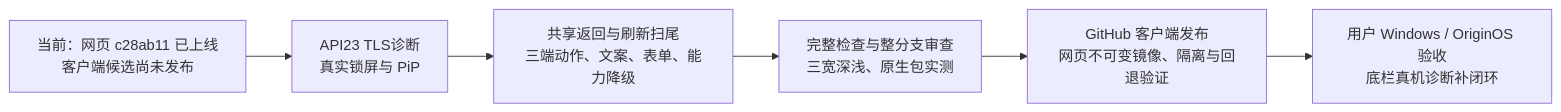
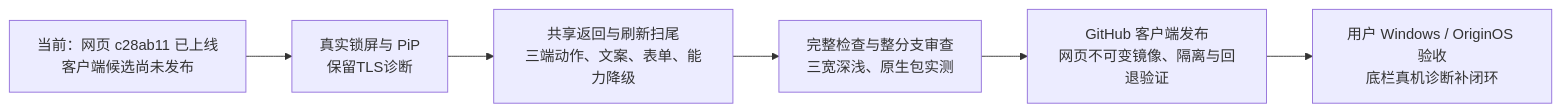
One commit to XYL333FYQ/TongMuTVPlus changed the second of 2 diagrams in docs/design/CLIENT-EXPERIENCE-VERIFIED.md. Above: the diagram before and after it, drawn with Mermaid. The commit also changed other lines of this file and 13 other files, not shown here.

````diff
--- a/docs/design/CLIENT-EXPERIENCE-VERIFIED.md
+++ b/docs/design/CLIENT-EXPERIENCE-VERIFIED.md
@@ -38,8 +38,8 @@
 ```mermaid
 flowchart LR
-    A[当前：网页 c28ab11 已上线<br/>客户端候选尚未发布] --> B[API23 TLS诊断<br/>真实锁屏与 PiP]
+    A[当前：网页 c28ab11 已上线<br/>客户端候选尚未发布] --> B[真实锁屏与 PiP<br/>保留TLS诊断]
     B --> C[共享返回与刷新扫尾<br/>三端动作、文案、表单、能力降级]
     C --> D[完整检查与整分支审查<br/>三宽深浅、原生包实测]
     D --> E[GitHub 客户端发布<br/>网页不可变镜像、隔离与回退验证]
     E --> F[用户 Windows / OriginOS 验收<br/>底栏真机诊断补闭环]
 ```
````
